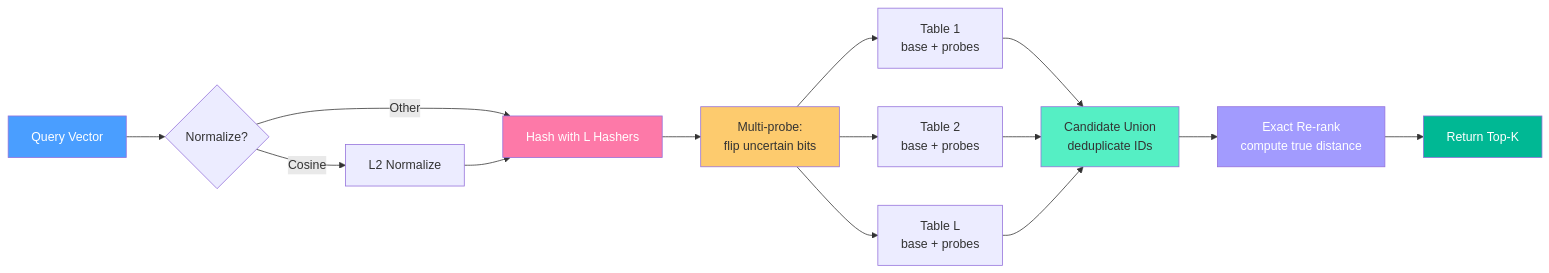
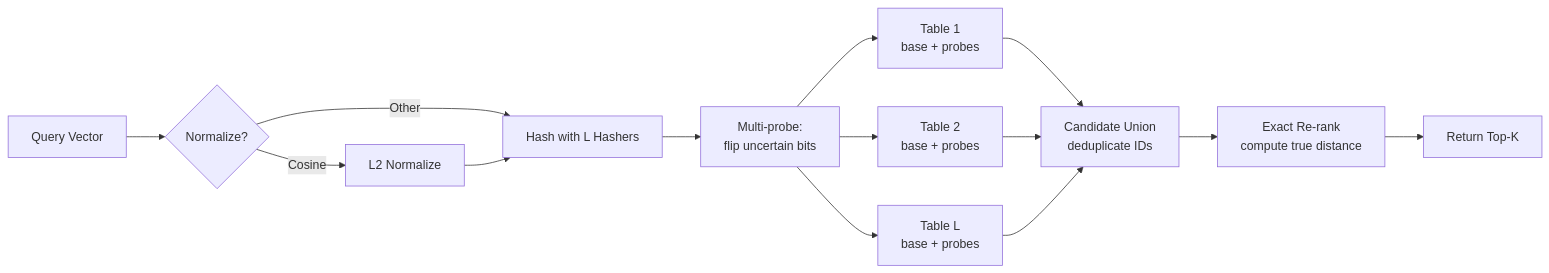
The second of 3 diagrams in README.md (kunalsinghdadhwal/superbit), drawn with Mermaid before and after one commit. The commit also changed other lines of this file, not shown here.

Commit message:
docs: remove fill styles from Mermaid diagrams

````diff
--- a/README.md
+++ b/README.md
@@ -81,27 +74,20 @@
 ```mermaid
 flowchart LR
     Q[Query Vector] --> N{Normalize?}
     N -->|Cosine| NORM[L2 Normalize]
     N -->|Other| HASH
     NORM --> HASH
 
     HASH[Hash with L Hashers] --> PROBE[Multi-probe:<br/>flip uncertain bits]
 
     PROBE --> T1[Table 1<br/>base + probes]
     PROBE --> T2[Table 2<br/>base + probes]
     PROBE --> TL[Table L<br/>base + probes]
 
     T1 --> UNION[Candidate Union<br/>deduplicate IDs]
     T2 --> UNION
     TL --> UNION
 
     UNION --> RANK[Exact Re-rank<br/>compute true distance]
     RANK --> TOPK[Return Top-K]
-
-    style Q fill:#4a9eff,color:#fff
-    style HASH fill:#fd79a8,color:#fff
-    style PROBE fill:#fdcb6e,color:#333
-    style UNION fill:#55efc4,color:#333
-    style RANK fill:#a29bfe,color:#fff
-    style TOPK fill:#00b894,color:#fff
 ```
````
